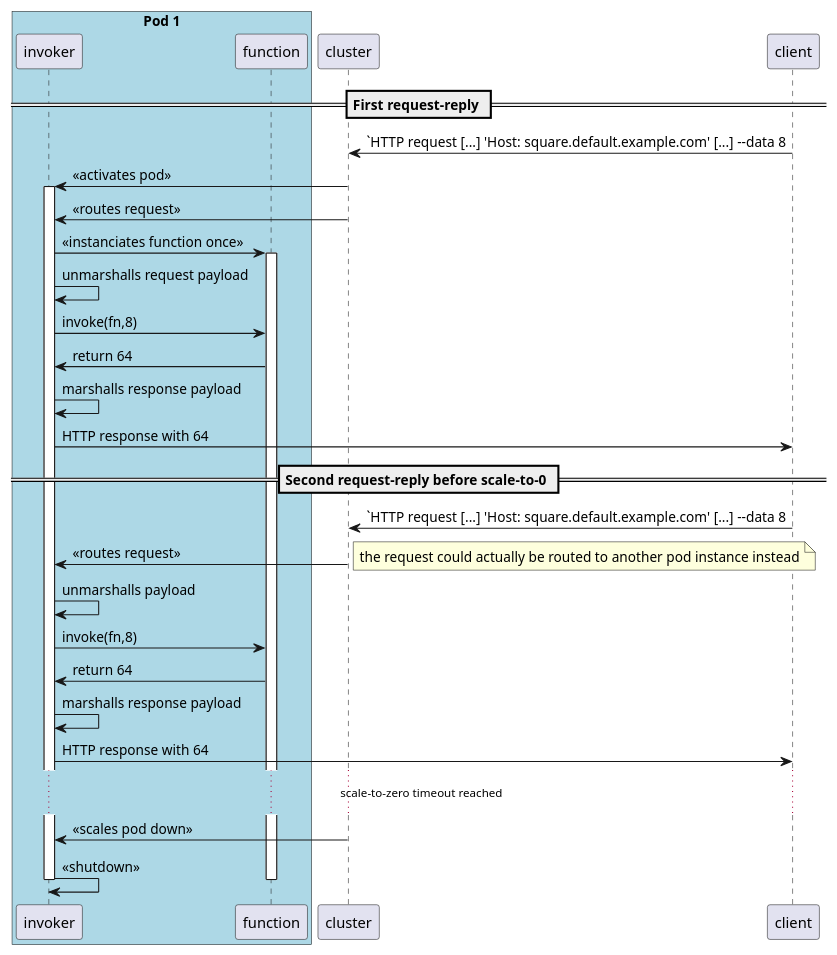
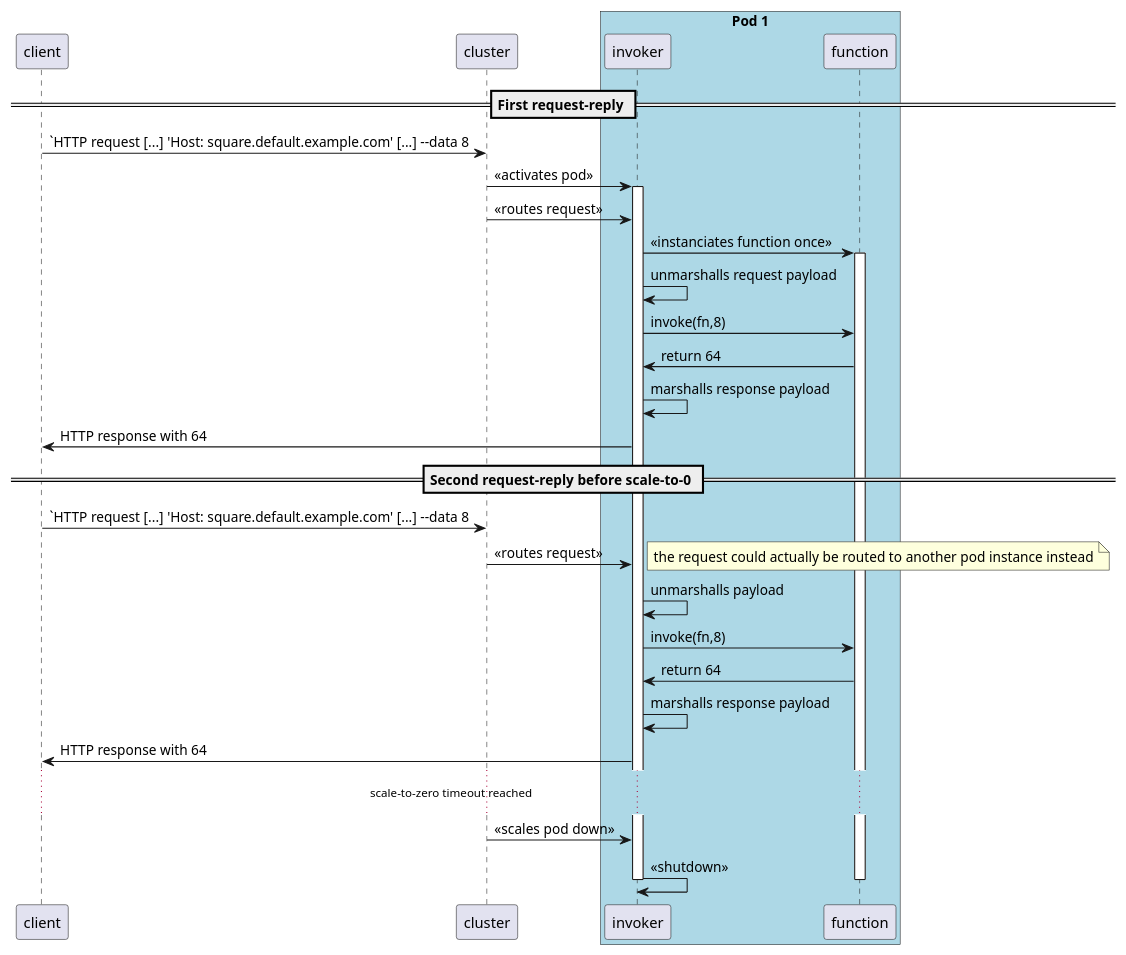
One commit to fbiville/riff-docs changed the diagram in streaming.adoc. Above: the diagram before and after it, drawn with PlantUML. The commit also changed other lines of this file, not shown here.

```diff
--- a/streaming.adoc
+++ b/streaming.adoc
@@ -6,36 +6,36 @@
 [plantuml, format="png"]
 ----
+participant client
+participant cluster
 box "Pod 1" #LightBlue
 	participant invoker
 	participant function
 end box
-participant cluster
-participant client
 
 == First request-reply ==
 client -> cluster : `HTTP request [...] 'Host: square.default.example.com' [...] --data 8
 cluster -> invoker : << activates pod >>
 activate invoker
 cluster -> invoker : << routes request >>
 invoker -> function : << instanciates function once >>
 activate function
 invoker -> invoker : unmarshalls request payload
 invoker -> function : invoke(fn,8)
 function -> invoker : return 64
 invoker -> invoker : marshalls response payload
 invoker -> client : HTTP response with 64
 == Second request-reply before scale-to-0 ==
 client -> cluster : `HTTP request [...] 'Host: square.default.example.com' [...] --data 8
 cluster -> invoker : << routes request >>
 note right: the request could actually be routed to another pod instance instead
 invoker -> invoker : unmarshalls payload
 invoker -> function : invoke(fn,8)
 function -> invoker : return 64
 invoker -> invoker : marshalls response payload
 invoker -> client : HTTP response with 64
 ...scale-to-zero timeout reached...
 cluster -> invoker : <<scales pod down>>
 invoker -> invoker : << shutdown >>
 deactivate function
 deactivate invoker
 ----
```
